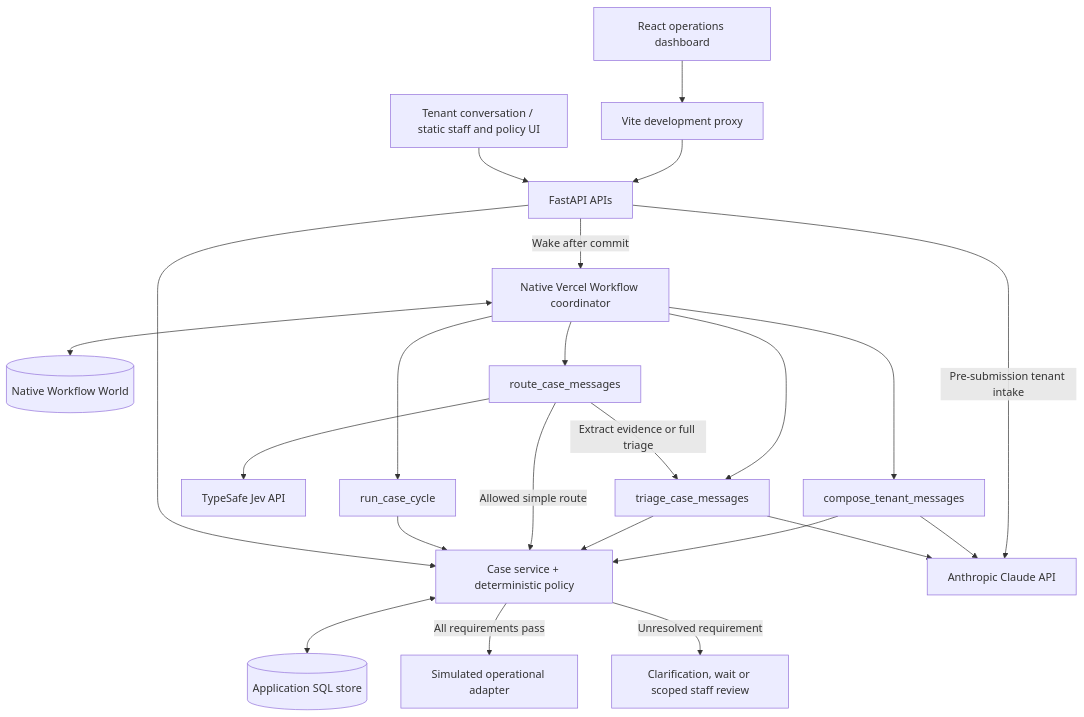
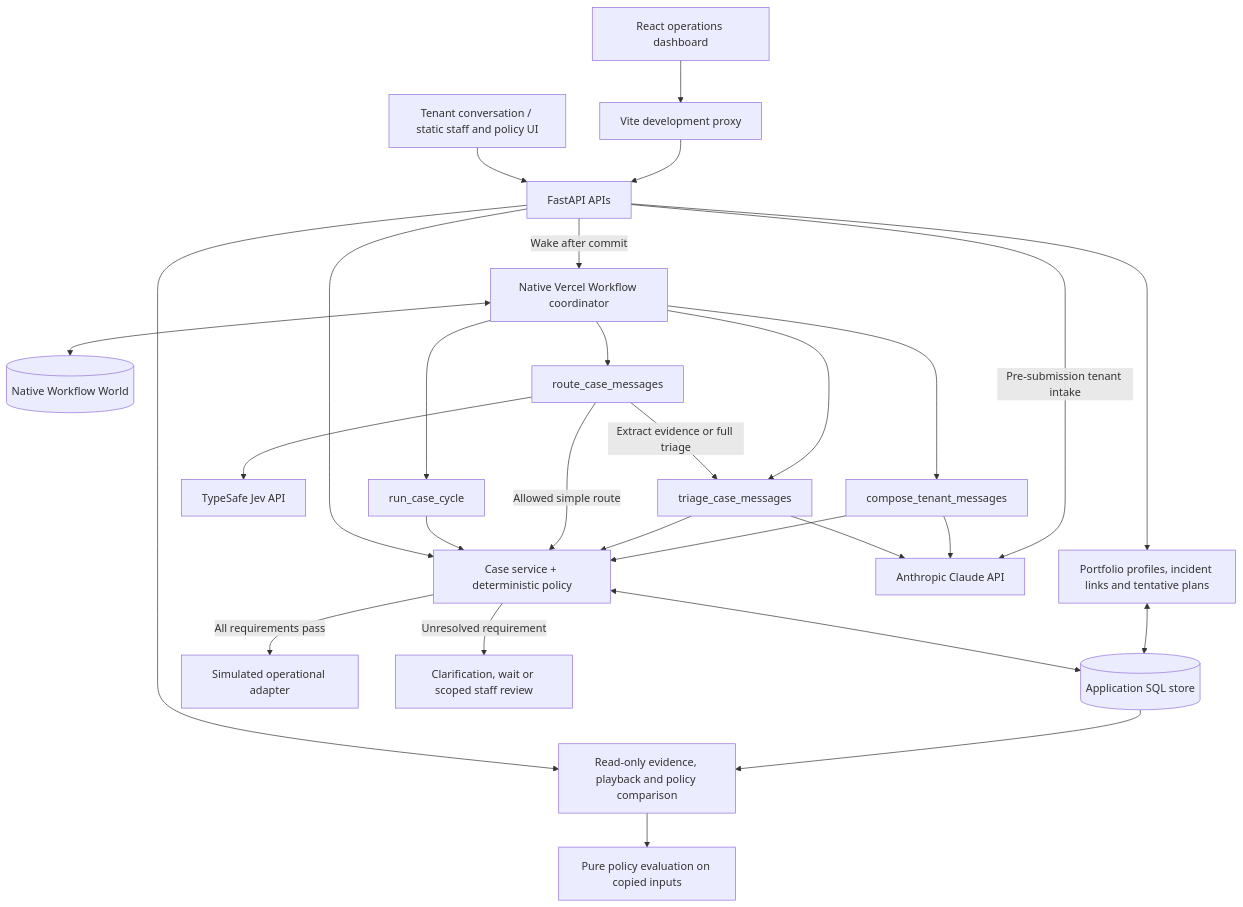
The diagram in ARCHITECTURE.md (MasteraSnackin/hackathon-valley), drawn with Mermaid before and after one commit. The commit also changed other lines of this file and 26 other files, not shown here.

Commit message:
Add portfolio incident review, planning and decision insights

````diff
--- a/ARCHITECTURE.md
+++ b/ARCHITECTURE.md
@@ -27,25 +29,30 @@
 ```mermaid
 flowchart TD
     Tenant["Tenant conversation / static staff and policy UI"] --> API["FastAPI APIs"]
     React["React operations dashboard"] --> Proxy["Vite development proxy"]
     Proxy --> API
     API --> Service["Case service + deterministic policy"]
     Service <--> SQL[("Application SQL store")]
+    API --> Portfolio["Portfolio profiles, incident links and tentative plans"]
+    Portfolio <--> SQL
+    API --> Insights["Read-only evidence, playback and policy comparison"]
+    SQL --> Insights
+    Insights --> Pure["Pure policy evaluation on copied inputs"]
     API -->|"Wake after commit"| WF["Native Vercel Workflow coordinator"]
     WF <--> World[("Native Workflow World")]
     WF --> Cycle["run_case_cycle"]
     Cycle --> Service
     WF --> Route["route_case_messages"]
     Route --> Jev["TypeSafe Jev API"]
     Route -->|"Allowed simple route"| Service
     Route -->|"Extract evidence or full triage"| Read["triage_case_messages"]
     WF --> Read
     Read --> Claude["Anthropic Claude API"]
     Read --> Service
     WF --> Draft["compose_tenant_messages"]
     Draft --> Claude
     Draft --> Service
     API -->|"Pre-submission tenant intake"| Claude
     Service -->|"All requirements pass"| Sim["Simulated operational adapter"]
     Service -->|"Unresolved requirement"| Hold["Clarification, wait or scoped staff review"]
 ```
````
